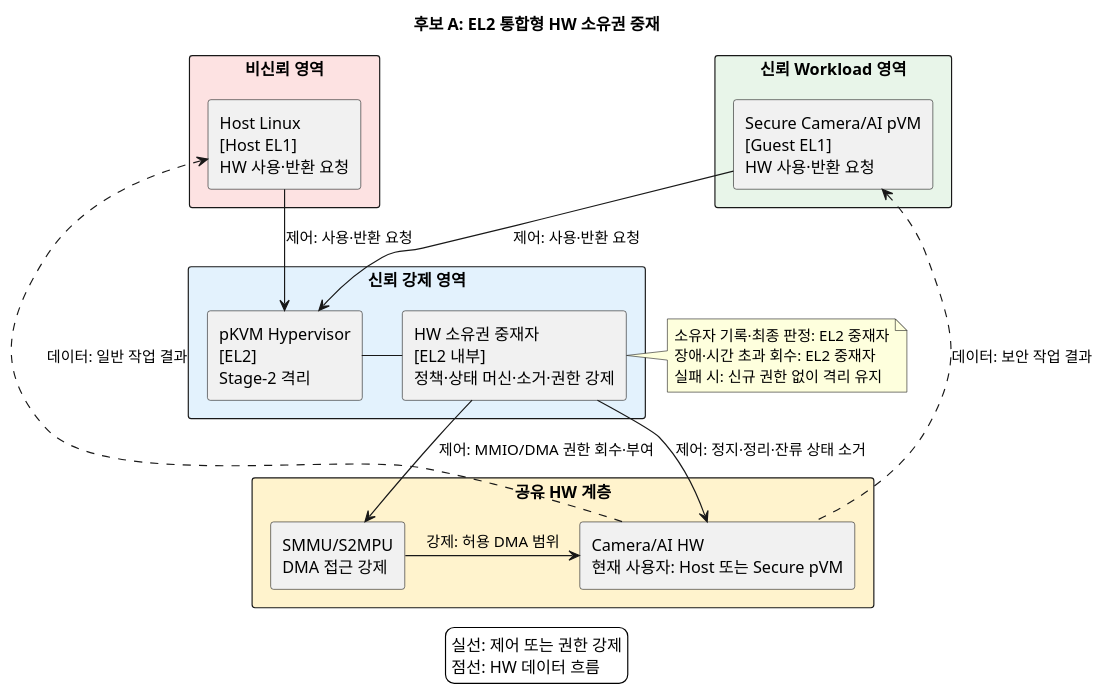
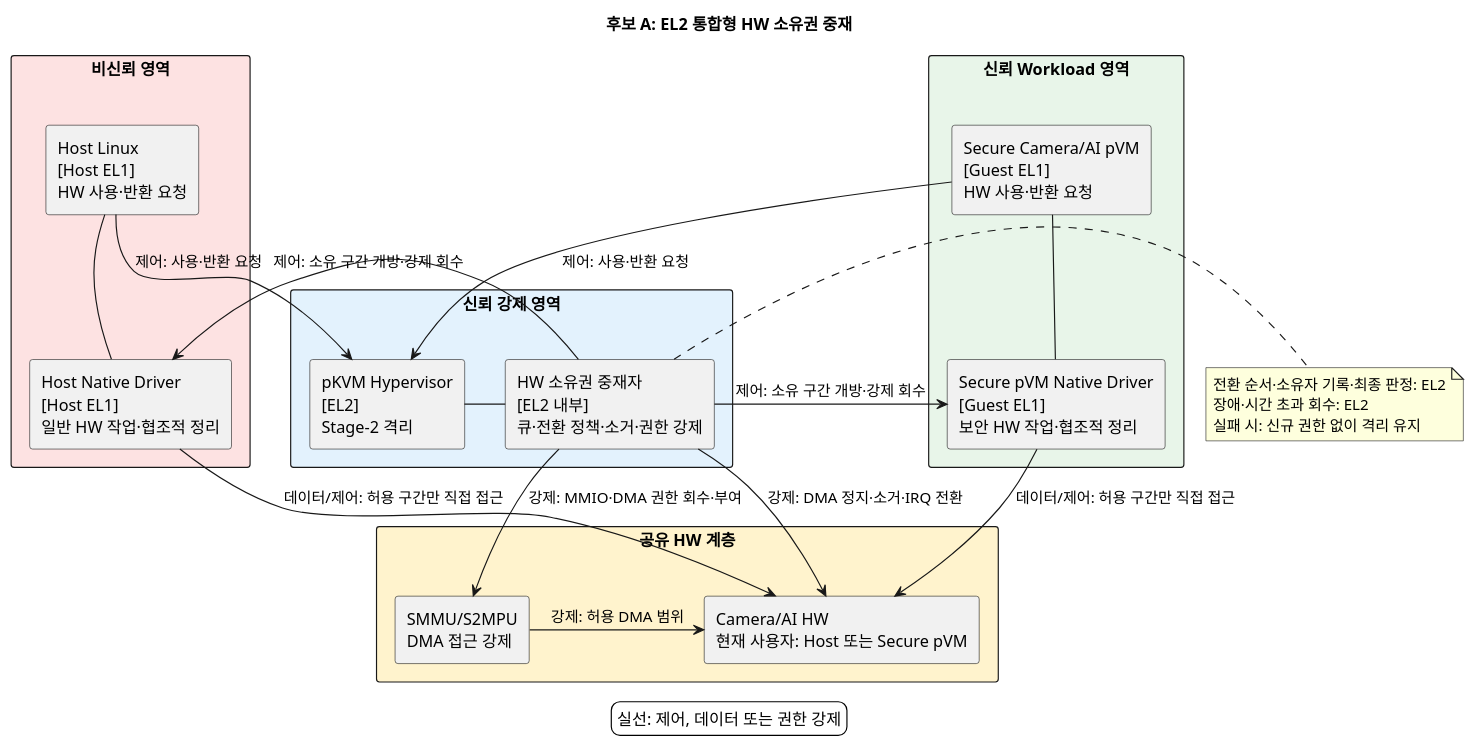
One commit to boram1288/test-p changed the first of 2 diagrams in docs-align/후보구조_문제1_HW공유.md. Above: the diagram before and after it, drawn with PlantUML. The commit also changed other lines of this file, not shown here.

First line of the commit message:
Host 중재형 HW 공유 후보 구조 반영

````diff
--- a/docs-align/후보구조_문제1_HW공유.md
+++ b/docs-align/후보구조_문제1_HW공유.md
@@ -61,47 +80,52 @@
 ```plantuml
 @startuml
 title 후보 A: EL2 통합형 HW 소유권 중재
 
 skinparam componentStyle rectangle
 skinparam backgroundColor white
 skinparam packageStyle rectangle
 
 package "비신뢰 영역" #FDE2E2 {
   component "Host Linux\n[Host EL1]\nHW 사용·반환 요청" as Host
+  component "Host Native Driver\n[Host EL1]\n일반 HW 작업·협조적 정리" as HostDrv
+  Host -down- HostDrv
 }
 
 package "신뢰 Workload 영역" #E8F5E9 {
   component "Secure Camera/AI pVM\n[Guest EL1]\nHW 사용·반환 요청" as SecurePVM
+  component "Secure pVM Native Driver\n[Guest EL1]\n보안 HW 작업·협조적 정리" as PVMDrv
+  SecurePVM -down- PVMDrv
 }
 
 package "신뢰 강제 영역" #E3F2FD {
   component "pKVM Hypervisor\n[EL2]\nStage-2 격리" as PKVM
-  component "HW 소유권 중재자\n[EL2 내부]\n정책·상태 머신·소거·권한 강제" as Arbiter
+  component "HW 소유권 중재자\n[EL2 내부]\n큐·전환 정책·소거·권한 강제" as Arbiter
   PKVM -right- Arbiter
 }
 
 package "공유 HW 계층" #FFF3CD {
   component "SMMU/S2MPU\nDMA 접근 강제" as IOMMU
   component "Camera/AI HW\n현재 사용자: Host 또는 Secure pVM" as SharedHW
 }
 
 Host -down-> PKVM : 제어: 사용·반환 요청
 SecurePVM -down-> PKVM : 제어: 사용·반환 요청
-Arbiter -down-> IOMMU : 제어: MMIO/DMA 권한 회수·부여
-Arbiter -down-> SharedHW : 제어: 정지·정리·잔류 상태 소거
+Arbiter -down-> HostDrv : 제어: 소유 구간 개방·강제 회수
+Arbiter -down-> PVMDrv : 제어: 소유 구간 개방·강제 회수
+Arbiter -down-> IOMMU : 강제: MMIO·DMA 권한 회수·부여
+Arbiter -down-> SharedHW : 강제: DMA 정지·소거·IRQ 전환
+HostDrv -down-> SharedHW : 데이터/제어: 허용 구간만 직접 접근
+PVMDrv -down-> SharedHW : 데이터/제어: 허용 구간만 직접 접근
 IOMMU -right-> SharedHW : 강제: 허용 DMA 범위
-SharedHW .up.> Host : 데이터: 일반 작업 결과
-SharedHW .up.> SecurePVM : 데이터: 보안 작업 결과
 
 note right of Arbiter
-  소유자 기록·최종 판정: EL2 중재자
-  장애·시간 초과 회수: EL2 중재자
+  전환 순서·소유자 기록·최종 판정: EL2
+  장애·시간 초과 회수: EL2
   실패 시: 신규 권한 없이 격리 유지
 end note
 
 legend bottom
-  실선: 제어 또는 권한 강제
-  점선: HW 데이터 흐름
+  실선: 제어, 데이터 또는 권한 강제
 endlegend
 @enduml
 ```
````
